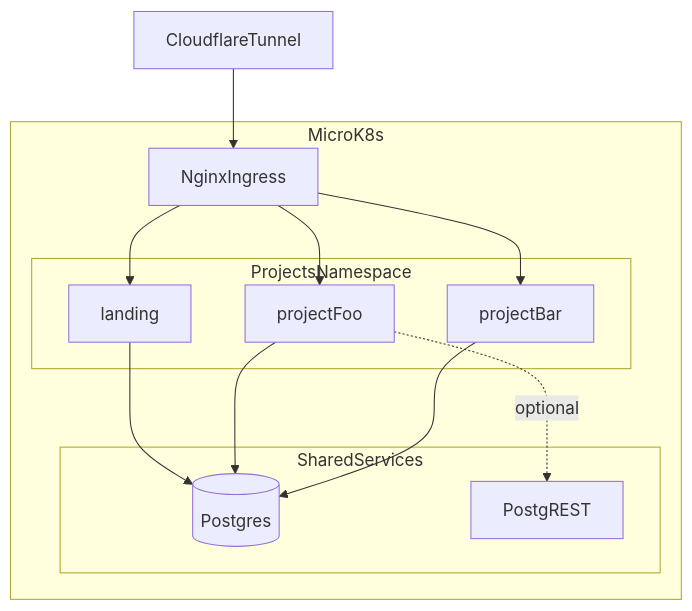
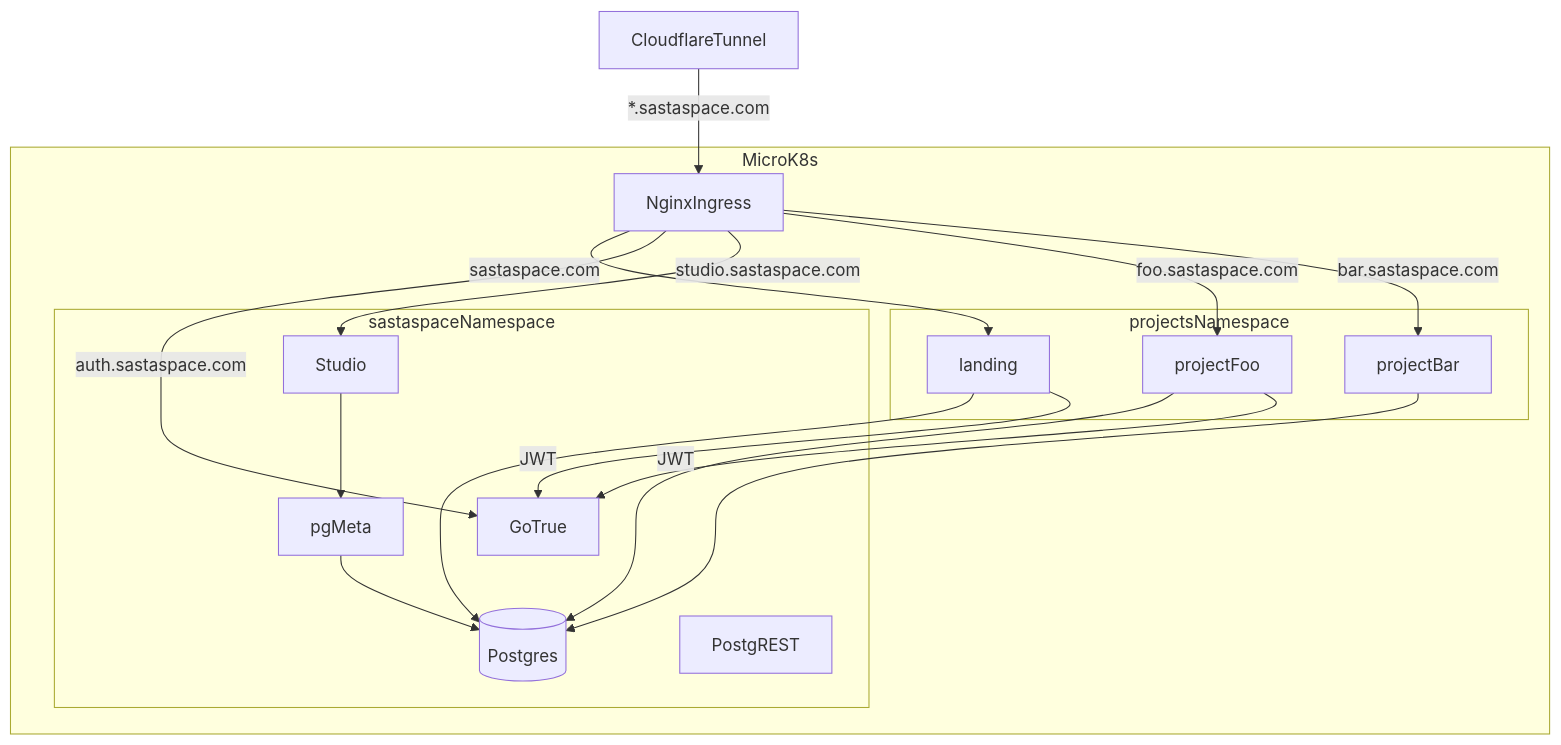
Before and after one commit to themohitkhare/sastaspace: the diagram in AGENTS.md, drawn with Mermaid. The commit also changed other lines of this file and 54 other files, not shown here.

````diff
--- a/AGENTS.md
+++ b/AGENTS.md
@@ -39,24 +45,31 @@
 ```mermaid
 graph TD
     CF[CloudflareTunnel]
     subgraph mk8s [MicroK8s]
         ING[NginxIngress]
-        subgraph shared [SharedServices]
+        subgraph shared [sastaspaceNamespace]
             PG[(Postgres)]
             PGR[PostgREST]
+            GT[GoTrue]
+            ST[Studio]
+            PM[pgMeta]
         end
-        subgraph proj [ProjectsNamespace]
+        subgraph proj [projectsNamespace]
             LAND[landing]
             APP1[projectFoo]
             APP2[projectBar]
         end
     end
-    CF --> ING
-    ING --> LAND
-    ING --> APP1
-    ING --> APP2
+    CF -->|*.sastaspace.com| ING
+    ING -->|sastaspace.com| LAND
+    ING -->|auth.sastaspace.com| GT
+    ING -->|studio.sastaspace.com| ST
+    ING -->|foo.sastaspace.com| APP1
+    ING -->|bar.sastaspace.com| APP2
     LAND --> PG
     APP1 --> PG
     APP2 --> PG
-    APP1 -. optional .-> PGR
+    LAND -->|JWT| GT
+    APP1 -->|JWT| GT
+    ST --> PM --> PG
 ```
````
